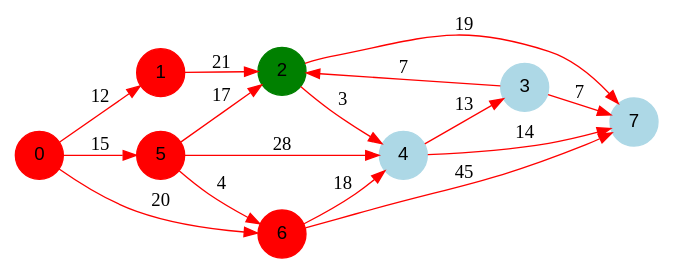
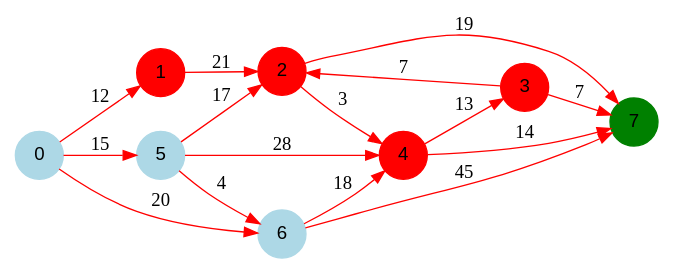
The diagram in programme1/output/dotFiles/graph1/graph1_4.dot (benech17/Shortest-Path), drawn with Graphviz before and after one commit. The commit also changed 19 other files, not shown here.

```diff
--- a/programme1/output/dotFiles/graph1/graph1_4.dot
+++ b/programme1/output/dotFiles/graph1/graph1_4.dot
@@ -1,27 +1,27 @@
 digraph graphe {
 rankdir = LR;
 edge [color=red];
-0 [fontname="Arial", shape = circle, color=red, style=filled];
+0 [fontname="Arial", shape = circle, color=lightblue, style=filled];
 1 [fontname="Arial", shape = circle, color=red, style=filled];
-2 [fontname="Arial", shape = circle, color=green, style=filled];
-3 [fontname="Arial", shape = circle, color=lightblue, style=filled];
-4 [fontname="Arial", shape = circle, color=lightblue, style=filled];
-5 [fontname="Arial", shape = circle, color=red, style=filled];
-6 [fontname="Arial", shape = circle, color=red, style=filled];
-7 [fontname="Arial", shape = circle, color=lightblue, style=filled];
+2 [fontname="Arial", shape = circle, color=red, style=filled];
+3 [fontname="Arial", shape = circle, color=red, style=filled];
+4 [fontname="Arial", shape = circle, color=red, style=filled];
+5 [fontname="Arial", shape = circle, color=lightblue, style=filled];
+6 [fontname="Arial", shape = circle, color=lightblue, style=filled];
+7 [fontname="Arial", shape = circle, color=green, style=filled];
 	0 -> 1 [label = "12"];
 	0 -> 5 [label = "15"];
 	0 -> 6 [label = "20"];
 	1 -> 2 [label = "21"];
 	2 -> 4 [label = "3"];
 	2 -> 7 [label = "19"];
 	3 -> 2 [label = "7"];
 	3 -> 7 [label = "7"];
 	4 -> 3 [label = "13"];
 	4 -> 7 [label = "14"];
 	5 -> 2 [label = "17"];
 	5 -> 4 [label = "28"];
 	5 -> 6 [label = "4"];
 	6 -> 4 [label = "18"];
 	6 -> 7 [label = "45"];
 }
```
